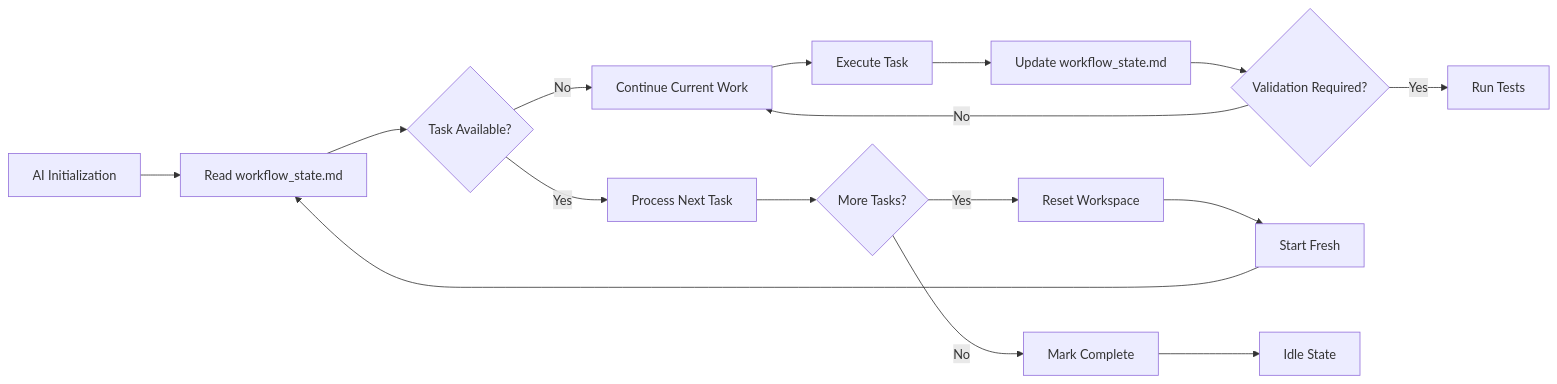
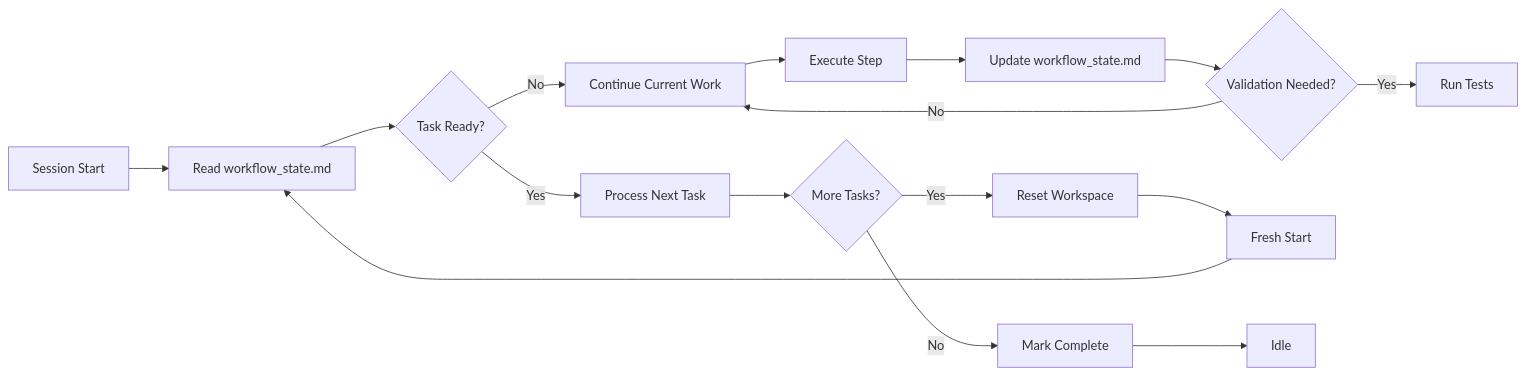
The diagram in README.md (kleosr/cursorkleosr), drawn with Mermaid before and after one commit. The commit also changed other lines of this file, not shown here.

````diff
--- a/README.md
+++ b/README.md
@@ -31,18 +59,18 @@
 ```mermaid
 graph LR
-    A[AI Initialization] --> B[Read workflow_state.md];
-    B --> C{Task Available?};
-    C -- Yes --> D[Process Next Task];
-    C -- No --> E[Continue Current Work];
-    E --> F[Execute Task];
-    F --> G[Update workflow_state.md];
-    G --> H{Validation Required?};
-    H -- Yes --> I[Run Tests];
-    H -- No --> E;
-    D --> J{More Tasks?};
-    J -- Yes --> K[Reset Workspace];
-    K --> L[Start Fresh];
-    L --> B;
-    J -- No --> M[Mark Complete];
-    M --> N[Idle State];
+    S[Session Start] --> A[Read workflow_state.md];
+    A --> B{Task Ready?};
+    B -- Yes --> C[Process Next Task];
+    B -- No --> D[Continue Current Work];
+    D --> E[Execute Step];
+    E --> F[Update workflow_state.md];
+    F --> G{Validation Needed?};
+    G -- Yes --> H[Run Tests];
+    G -- No --> D;
+    C --> I{More Tasks?};
+    I -- Yes --> J[Reset Workspace];
+    J --> K[Fresh Start];
+    K --> A;
+    I -- No --> L[Mark Complete];
+    L --> M[Idle];
 ```
````
